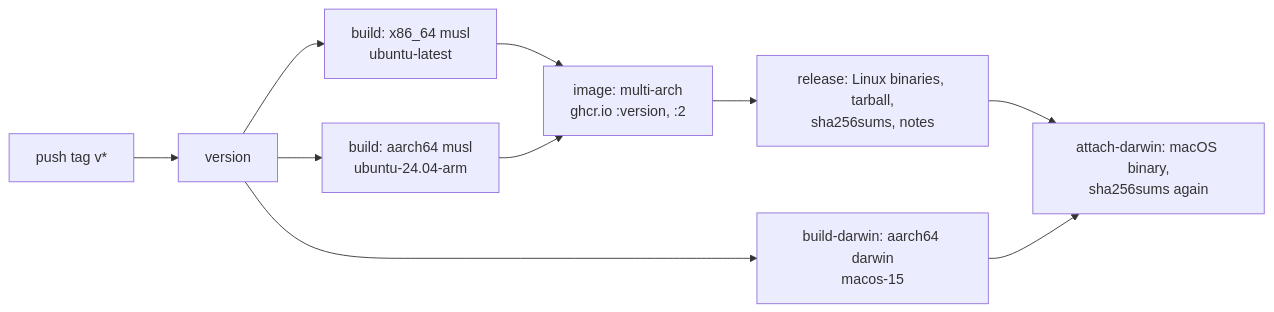
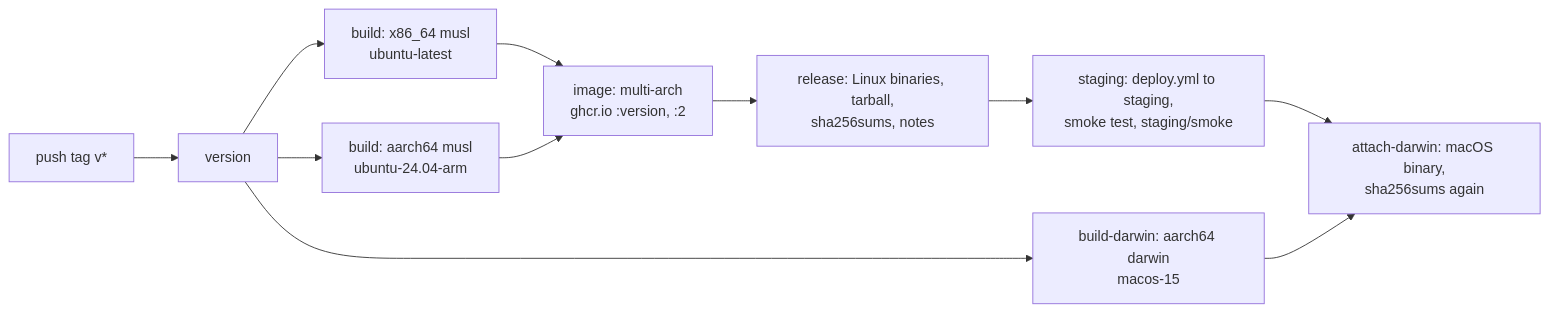
Before and after one commit to NinjaGoldfinch/riot-proxy: the second of 2 diagrams in docs/workflows/ci.md, drawn with Mermaid. The commit also changed other lines of this file and 13 other files, not shown here.

First line of the commit message:
ci(deploy): every release deploys to staging, and prod takes only what passed (DEP-05) (#252)

````diff
--- a/docs/workflows/ci.md
+++ b/docs/workflows/ci.md
@@ -159,10 +162,11 @@
 ```mermaid
 flowchart LR
     tag["push tag v*"] --> version
     version --> b1["build: x86_64 musl<br/>ubuntu-latest"]
     version --> b2["build: aarch64 musl<br/>ubuntu-24.04-arm"]
     version --> b3["build-darwin: aarch64 darwin<br/>macos-15"]
     b1 & b2 --> image["image: multi-arch<br/>ghcr.io :version, :2"]
     image --> release["release: Linux binaries, tarball,<br/>sha256sums, notes"]
-    release & b3 --> attach["attach-darwin: macOS binary,<br/>sha256sums again"]
+    release --> staging["staging: deploy.yml to staging,<br/>smoke test, staging/smoke"]
+    staging & b3 --> attach["attach-darwin: macOS binary,<br/>sha256sums again"]
 ```
````
